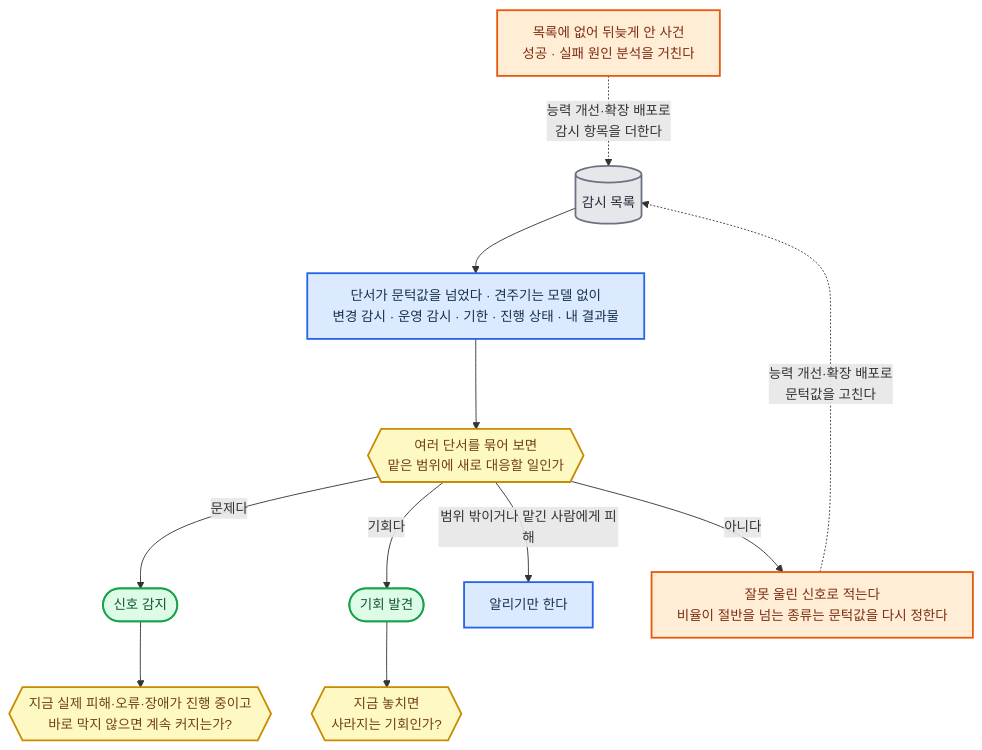
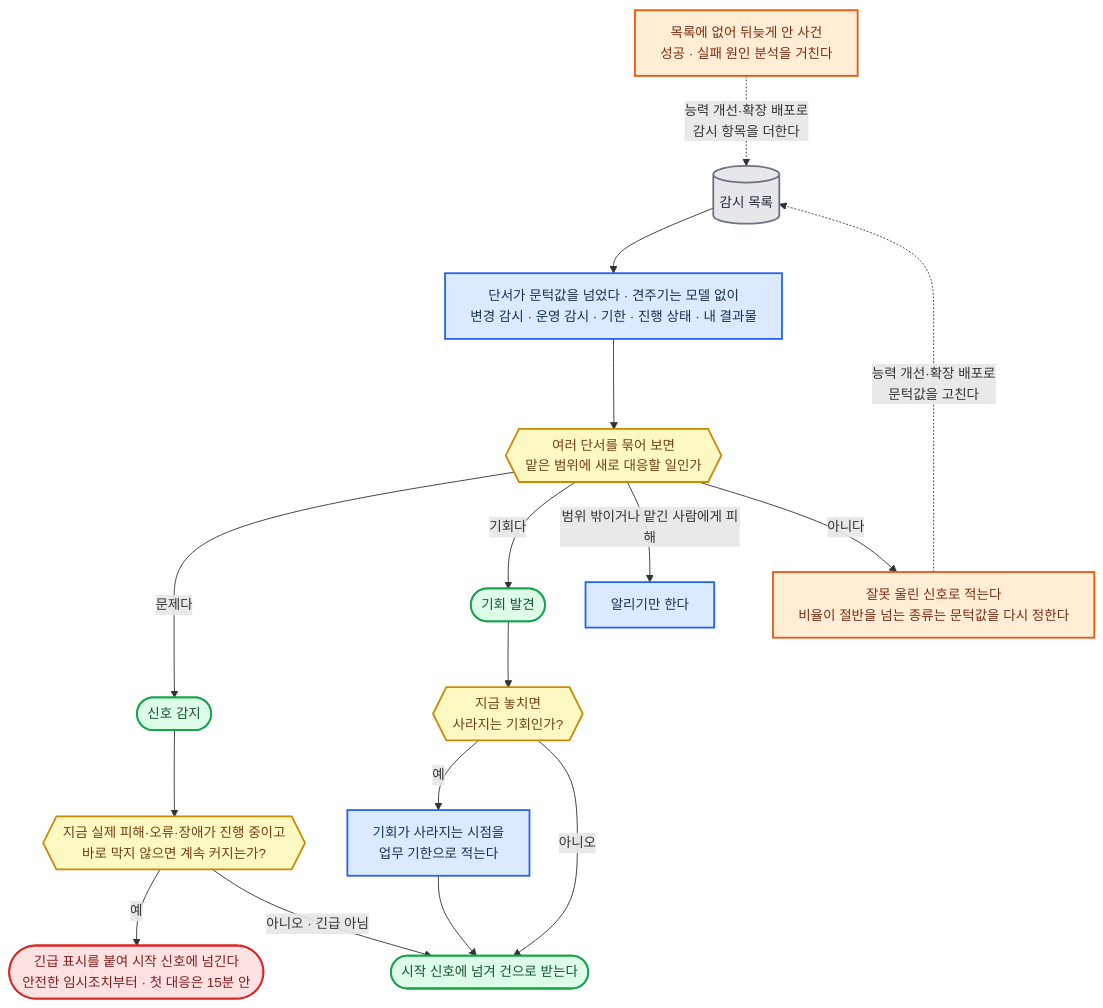
Diagram 15 of 26 in 전문가 에이전트 정의 2.md (harisbaguette/expert), drawn with Mermaid before and after one commit. The commit also changed other lines of this file and 1 other file, not shown here.

````diff
--- a/전문가 에이전트 정의 2.md
+++ b/전문가 에이전트 정의 2.md
@@ -1618,16 +1687,21 @@
 ```mermaid
 %%{init: {"flowchart": {"wrappingWidth": 640, "curve": "basis", "nodeSpacing": 45, "rankSpacing": 55, "padding": 14, "useMaxWidth": true}, "themeVariables": {"fontSize": "15px"}} }%%
 flowchart TB
     W[("감시 목록")]:::store --> CUE["단서가 문턱값을 넘었다 · 견주기는 모델 없이<br/>변경 감시 · 운영 감시 · 기한 · 진행 상태 · 내 결과물"]:::main --> Q{{"여러 단서를 묶어 보면<br/>맡은 범위에 새로 대응할 일인가"}}:::note
     Q -- "문제다" --> SIGNAL(["신호 감지"]):::good --> HARM{{"지금 실제 피해·오류·장애가 진행 중이고<br/>바로 막지 않으면 계속 커지는가?"}}:::note
     Q -- "기회다" --> CHANCE(["기회 발견"]):::good --> OPPORTUNITY{{"지금 놓치면<br/>사라지는 기회인가?"}}:::note
+    HARM -- "예" --> URGENT(["긴급 표시를 붙여 시작 신호에 넘긴다<br/>안전한 임시조치부터 · 첫 대응은 15분 안"]):::stop
+    HARM -- "아니오 · 긴급 아님" --> CASE(["시작 신호에 넘겨 건으로 받는다"]):::good
+    OPPORTUNITY -- "예" --> DEADLINE["기회가 사라지는 시점을<br/>업무 기한으로 적는다"]:::main --> CASE
+    OPPORTUNITY -- "아니오" --> CASE
     Q -- "범위 밖이거나 맡긴 사람에게 피해" --> TELL["알리기만 한다"]:::main
     Q -- "아니다" --> FALSE["잘못 울린 신호로 적는다<br/>비율이 절반을 넘는 종류는 문턱값을 다시 정한다"]:::back
     FALSE -. "능력 개선·확장 배포로<br/>문턱값을 고친다" .-> W
     MISS["목록에 없어 뒤늦게 안 사건<br/>성공 · 실패 원인 분석을 거친다"]:::back -. "능력 개선·확장 배포로<br/>감시 항목을 더한다" .-> W
     classDef main fill:#dbeafe,stroke:#2563eb,stroke-width:2px,color:#17314f
     classDef back fill:#ffedd5,stroke:#ea580c,stroke-width:2px,color:#7c2d12
     classDef store fill:#e5e7eb,stroke:#6b7280,stroke-width:2px,color:#1f2937
     classDef good fill:#dcfce7,stroke:#16a34a,stroke-width:2px,color:#14532d
     classDef note fill:#fef9c3,stroke:#ca8a04,stroke-width:2px,color:#713f12
+    classDef stop fill:#fee2e2,stroke:#dc2626,stroke-width:2px,color:#7f1d1d
 ```
````
